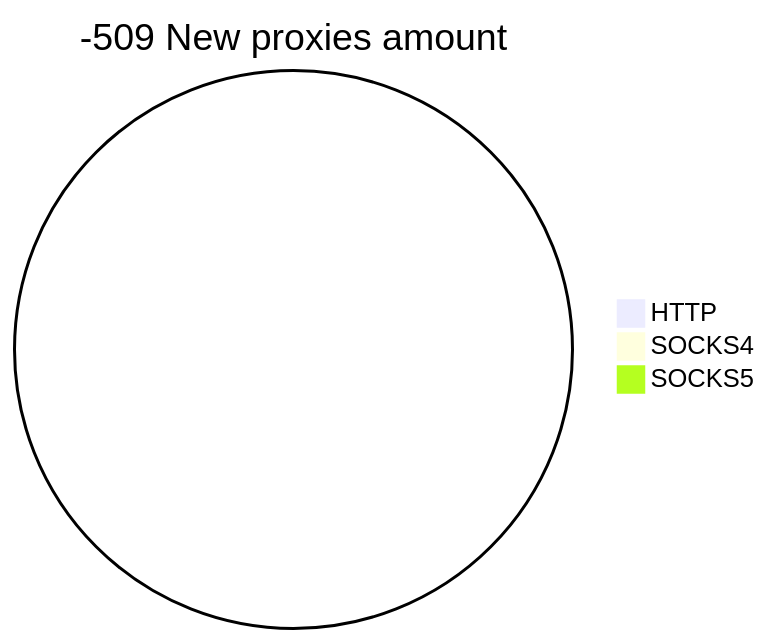
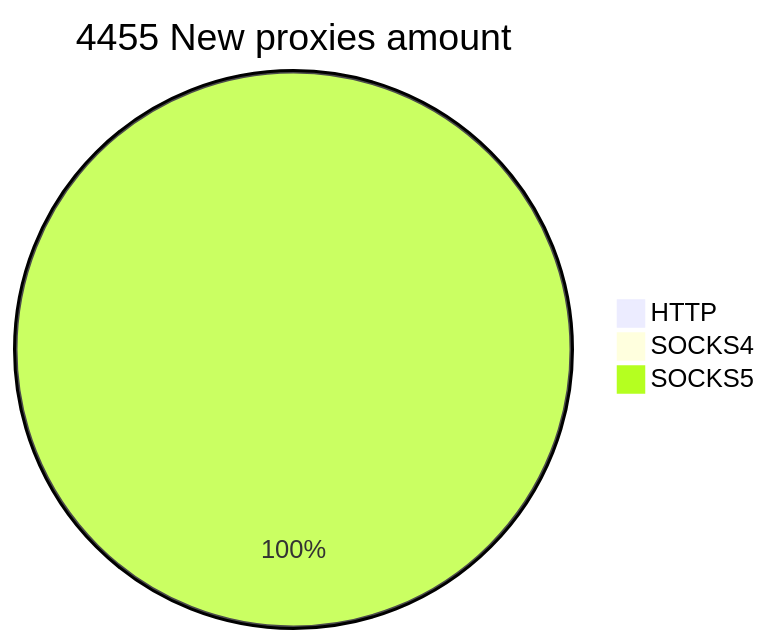
Before and after one commit to cutipu/proxylist: the second of 2 diagrams in README.md, drawn with Mermaid. The commit also changed other lines of this file, not shown here.

````diff
--- a/README.md
+++ b/README.md
@@ -10,6 +10,6 @@
 ```mermaid
-pie title -509 New proxies amount
+pie title 4455 New proxies amount
     "HTTP" : 0
     "SOCKS4" : 0
-    "SOCKS5" : 0
+    "SOCKS5" : 4455
 ```
````
